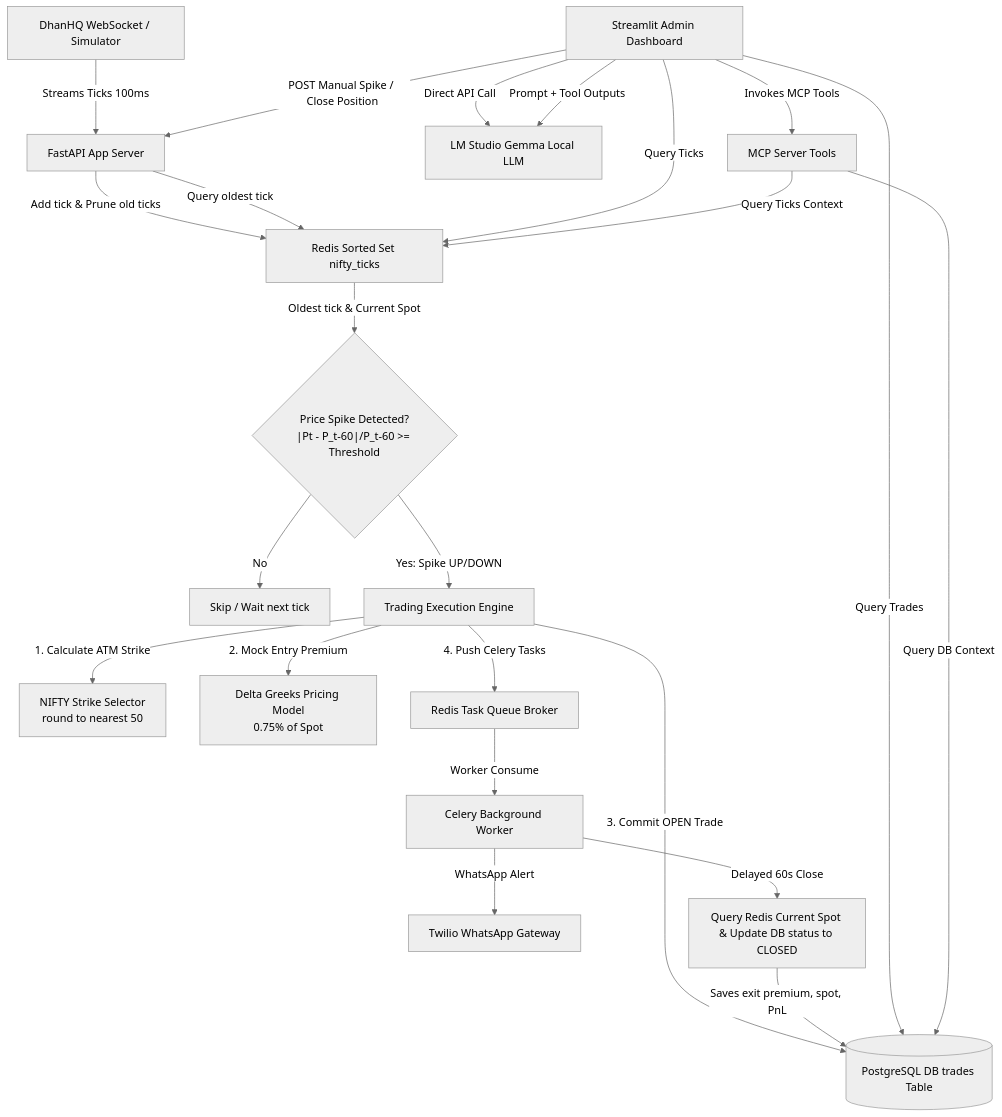
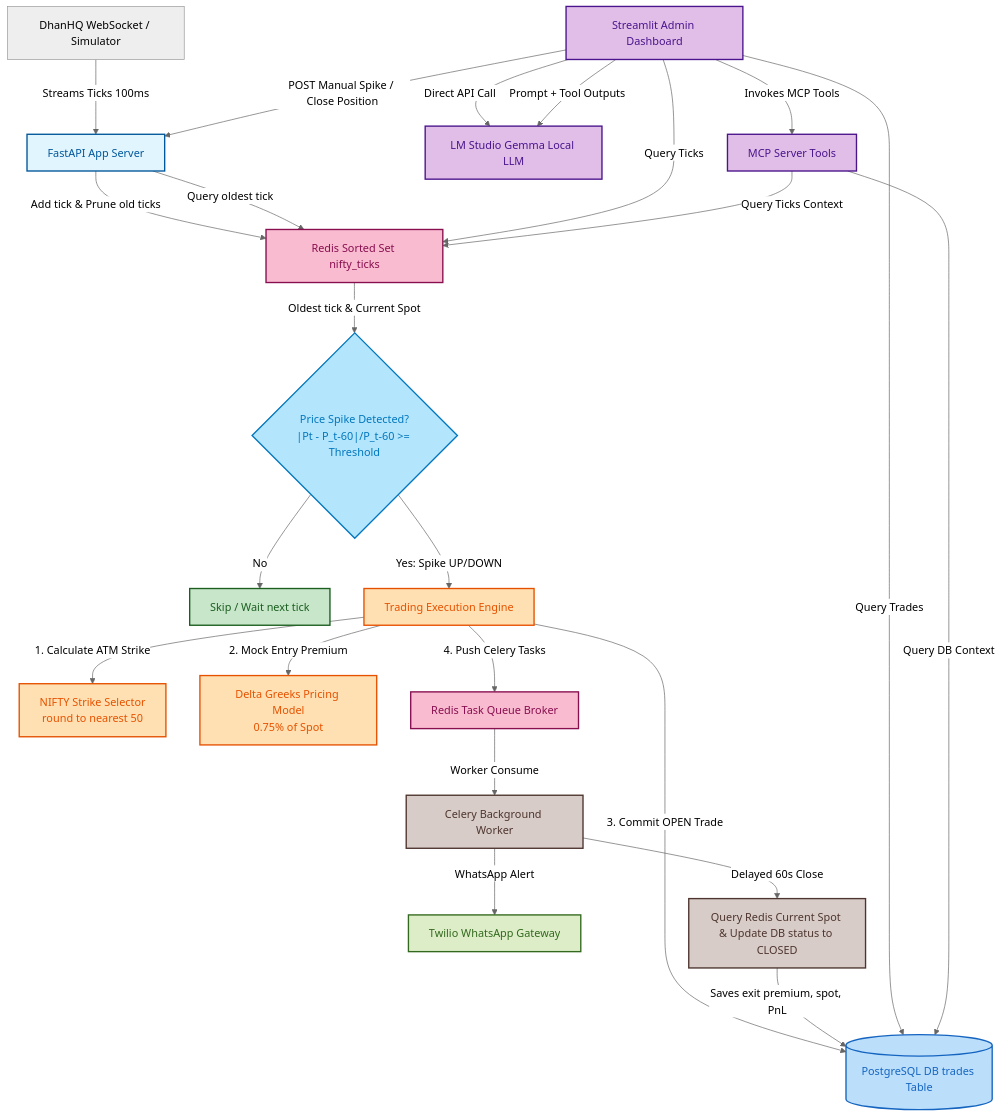
Before and after one commit to ShubhamVankalas/Instant-Strike-Execution-Engine: the diagram in README.md, drawn with Mermaid (neutral theme).

Commit message:
Enhance system architecture diagram with styles

````diff
--- a/README.md
+++ b/README.md
@@ -18,39 +18,60 @@
 ```mermaid
 graph TD
+    %% Define color palette and styles
+    %% Ingestion color: Light blue
+    %% Ingestion Analysis color: Medium blue
+    %% Trade Generation color: Green
+    %% Execution Workflow color: Light orange
+    %% Celery Task Offloading/Actions color: Brown
+    %% User Interfaces & MCP color: Deep purple
+    %% PostgreSQL/Redis colors: Lighter versions of their respective flows
+    
+    %% Styles for classes
+    classDef ingestion fill:#E1F5FE,stroke:#01579B,stroke-width:2px,color:#01579B;
+    classDef analysis fill:#B3E5FC,stroke:#0277BD,stroke-width:2px,color:#0277BD;
+    classDef tradeGen fill:#C8E6C9,stroke:#1B5E20,stroke-width:2px,color:#1B5E20;
+    classDef execution fill:#FFE0B2,stroke:#E65100,stroke-width:2px,color:#E65100;
+    classDef offload fill:#D7CCC8,stroke:#4E342E,stroke-width:2px,color:#4E342E;
+    classDef celeryAction fill:#D7CCC8,stroke:#4E342E,stroke-width:2px,color:#4E342E;
+    classDef ui fill:#E1BEE7,stroke:#4A148C,stroke-width:2px,color:#4A148C;
+    classDef db fill:#BBDEFB,stroke:#1565C0,stroke-width:2px,color:#1565C0;
+    classDef redis fill:#F8BBD0,stroke:#880E4F,stroke-width:2px,color:#880E4F;
+    classDef gateway fill:#DCEDC8,stroke:#33691E,stroke-width:2px,color:#33691E;
+
     %% Ingestion Pipeline
-    Dhan["DhanHQ WebSocket / Simulator"] -->|Streams Ticks 100ms| FastServer[FastAPI App Server]
-    FastServer -->|Add tick & Prune old ticks| RedisWindow[Redis Sorted Set nifty_ticks]
+    Dhan["DhanHQ WebSocket / Simulator"] -->|Streams Ticks 100ms| FastServer[FastAPI App Server]:::ingestion
+    FastServer -->|Add tick & Prune old ticks| RedisWindow[Redis Sorted Set nifty_ticks]:::redis
     
     %% Ingestion Analysis
-    FastServer -->|Query oldest tick| RedisWindow
-    RedisWindow -->|Oldest tick & Current Spot| SpikeCheck{"Price Spike Detected?<br>|Pt - P_t-60|/P_t-60 >= Threshold"}
+    FastServer -->|Query oldest tick| RedisWindow:::redis
+    RedisWindow -->|Oldest tick & Current Spot| SpikeCheck{"Price Spike Detected?<br>|Pt - P_t-60|/P_t-60 >= Threshold"}:::analysis
     
     %% Trade Generation
-    SpikeCheck -->|No| Skip[Skip / Wait next tick]
-    SpikeCheck -->|Yes: Spike UP/DOWN| Execution[Trading Execution Engine]
+    SpikeCheck -->|No| Skip[Skip / Wait next tick]:::tradeGen
+    SpikeCheck -->|Yes: Spike UP/DOWN| Execution[Trading Execution Engine]:::execution
     
     %% Execution Workflow
-    Execution -->|1. Calculate ATM Strike| Rounding["NIFTY Strike Selector<br>round to nearest 50"]
-    Execution -->|2. Mock Entry Premium| Pricing["Delta Greeks Pricing Model<br>0.75% of Spot"]
-    Execution -->|3. Commit OPEN Trade| PostgreSQL[(PostgreSQL DB trades Table)]
+    Execution -->|1. Calculate ATM Strike| Rounding["NIFTY Strike Selector<br>round to nearest 50"]:::execution
+    Execution -->|2. Mock Entry Premium| Pricing["Delta Greeks Pricing Model<br>0.75% of Spot"]:::execution
+    Execution -->|3. Commit OPEN Trade| PostgreSQL[(PostgreSQL DB trades Table)]:::db
     
     %% Celery Task Offloading
-    Execution -->|4. Push Celery Tasks| RedisBroker[Redis Task Queue Broker]
-    RedisBroker -->|Worker Consume| CeleryWorker[Celery Background Worker]
+    Execution -->|4. Push Celery Tasks| RedisBroker[Redis Task Queue Broker]:::redis
+    RedisBroker -->|Worker Consume| CeleryWorker[Celery Background Worker]:::offload
     
     %% Celery Actions
-    CeleryWorker -->|WhatsApp Alert| Twilio[Twilio WhatsApp Gateway]
-    CeleryWorker -->|Delayed 60s Close| CloseCheck["Query Redis Current Spot & Update DB status to CLOSED"]
-    CloseCheck -->|Saves exit premium, spot, PnL| PostgreSQL
+    CeleryWorker -->|WhatsApp Alert| Twilio[Twilio WhatsApp Gateway]:::gateway
+    CeleryWorker -->|Delayed 60s Close| CloseCheck["Query Redis Current Spot & Update DB status to CLOSED"]:::celeryAction
+    CloseCheck -->|Saves exit premium, spot, PnL| PostgreSQL:::db
     
     %% User Interfaces & MCP
-    Streamlit[Streamlit Admin Dashboard] -->|Query Ticks| RedisWindow
-    Streamlit -->|Query Trades| PostgreSQL
-    Streamlit -->|Direct API Call| LMStudio[LM Studio Gemma Local LLM]
-    Streamlit -->|POST Manual Spike / Close Position| FastServer
+    Streamlit[Streamlit Admin Dashboard]:::ui -->|Query Ticks| RedisWindow:::redis
+    Streamlit -->|Query Trades| PostgreSQL:::db
+    Streamlit -->|Direct API Call| LMStudio[LM Studio Gemma Local LLM]:::ui
+    Streamlit -->|POST Manual Spike / Close Position| FastServer:::ingestion
     
-    Streamlit[Streamlit Admin Dashboard] -->|Invokes MCP Tools| MCP[MCP Server Tools]
-    MCP -->|Query DB Context| PostgreSQL
-    MCP -->|Query Ticks Context| RedisWindow
-    Streamlit -->|Prompt + Tool Outputs| LMStudio[LM Studio Gemma Local LLM]
+    Streamlit -->|Invokes MCP Tools| MCP[MCP Server Tools]:::ui
+    MCP -->|Query DB Context| PostgreSQL:::db
+    MCP -->|Query Ticks Context| RedisWindow:::redis
+    Streamlit -->|Prompt + Tool Outputs| LMStudio:::ui
 ```
````
